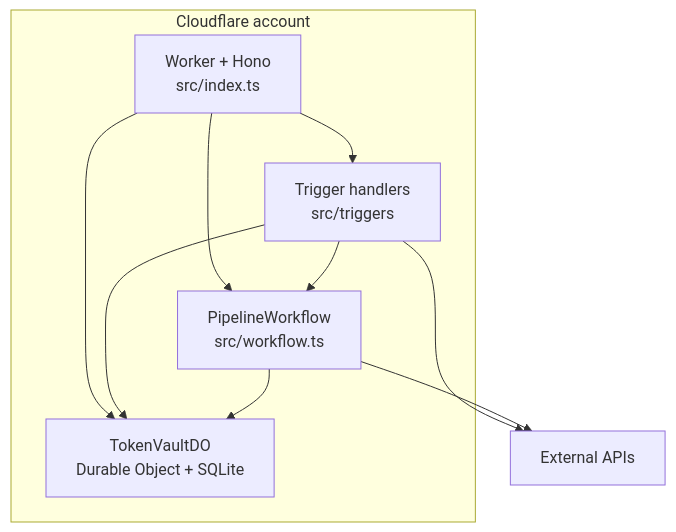
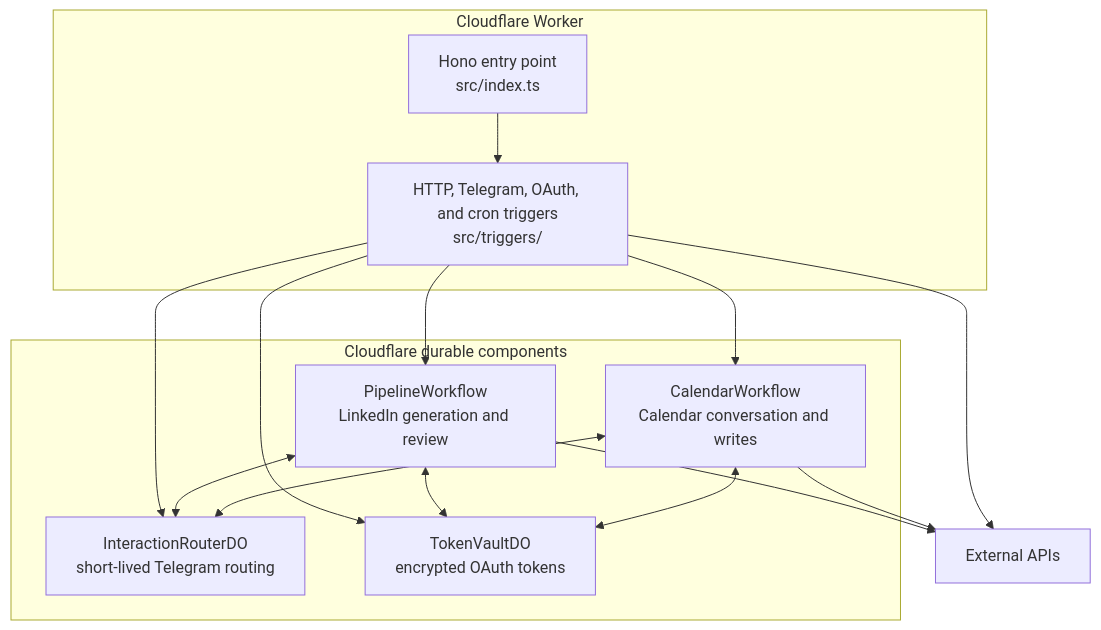
One commit to satwikhebbar/kipp changed the second of 2 diagrams in docs/architecture/system.md. Above: the diagram before and after it, drawn with Mermaid. The commit also changed other lines of this file and 8 other files, not shown here.

Commit message:
docs: refresh Kipp architecture and README

````diff
--- a/docs/architecture/system.md
+++ b/docs/architecture/system.md
@@ -44,18 +42,27 @@
 ```mermaid
 flowchart TB
-  subgraph cf["Cloudflare account"]
-    worker["Worker + Hono\nsrc/index.ts"]
-    triggers["Trigger handlers\nsrc/triggers"]
-    workflow["PipelineWorkflow\nsrc/workflow.ts"]
-    vault["TokenVaultDO\nDurable Object + SQLite"]
-    worker --> triggers
-    worker --> workflow
-    worker --> vault
-    triggers --> workflow
-    triggers --> vault
-    workflow --> vault
+  subgraph edge["Cloudflare Worker"]
+    entry["Hono entry point\nsrc/index.ts"]
+    triggers["HTTP, Telegram, OAuth, and cron triggers\nsrc/triggers/"]
+    entry --> triggers
   end
 
-  triggers --> ext["External APIs"]
-  workflow --> ext
+  subgraph durable["Cloudflare durable components"]
+    linkedinFlow["PipelineWorkflow\nLinkedIn generation and review"]
+    calendarFlow["CalendarWorkflow\nCalendar conversation and writes"]
+    router["InteractionRouterDO\nshort-lived Telegram routing"]
+    vault["TokenVaultDO\nencrypted OAuth tokens"]
+  end
+
+  triggers --> linkedinFlow
+  triggers --> calendarFlow
+  triggers --> router
+  triggers --> vault
+  linkedinFlow <--> router
+  calendarFlow <--> router
+  linkedinFlow <--> vault
+  calendarFlow <--> vault
+  linkedinFlow --> external["External APIs"]
+  calendarFlow --> external
+  triggers --> external
 ```
````
